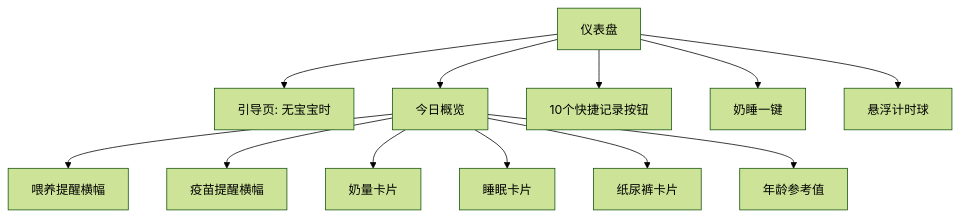
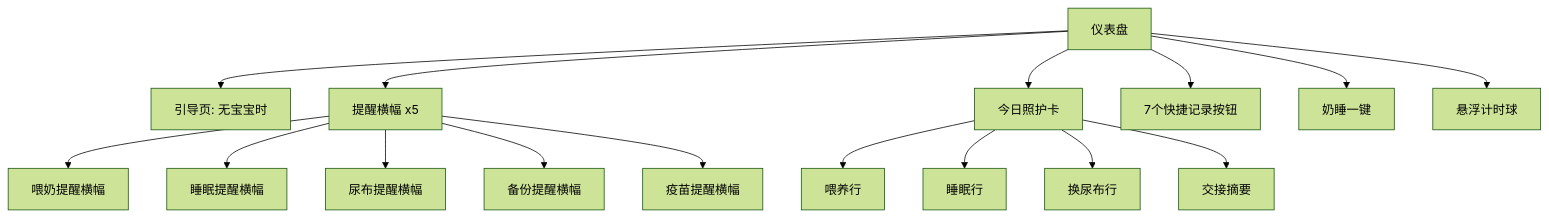
One commit to LostBeanBun/babysitter-react changed the seventh of 13 diagrams in BUSINESS.md. Above: the diagram before and after it, drawn with Mermaid (forest theme). The commit also changed other lines of this file and 2 other files, not shown here.

Commit message:
docs: BUSINESS.md 同步至 1.9 现状（提醒横幅/今日照护/增量导入等）（1.9.1，同步 Vue 端）

````diff
--- a/BUSINESS.md
+++ b/BUSINESS.md
@@ -269,15 +273,20 @@
 ```mermaid
 graph TD
     DASH[仪表盘] --> ONBOARD[引导页: 无宝宝时]
-    DASH --> OVERVIEW[今日概览]
-    DASH --> GRID[10个快捷记录按钮]
+    DASH --> OVERVIEW[提醒横幅 x5]
+    DASH --> CARE[今日照护卡]
+    DASH --> GRID[7个快捷记录按钮]
     DASH --> SLEEPFEED[奶睡一键]
     DASH --> FLOAT[悬浮计时球]
 
-    OVERVIEW --> REMIND1[喂养提醒横幅]
-    OVERVIEW --> REMIND2[疫苗提醒横幅]
-    OVERVIEW --> STAT1[奶量卡片]
-    OVERVIEW --> STAT2[睡眠卡片]
-    OVERVIEW --> STAT3[纸尿裤卡片]
-    OVERVIEW --> GUIDE[年龄参考值]
+    OVERVIEW --> RNG1[喂奶提醒横幅]
+    OVERVIEW --> RNG2[睡眠提醒横幅]
+    OVERVIEW --> RNG3[尿布提醒横幅]
+    OVERVIEW --> RNG4[备份提醒横幅]
+    OVERVIEW --> RNG5[疫苗提醒横幅]
+
+    CARE --> ROW1[喂养行]
+    CARE --> ROW2[睡眠行]
+    CARE --> ROW3[换尿布行]
+    CARE --> HANDOFF[交接摘要]
 ```
````
